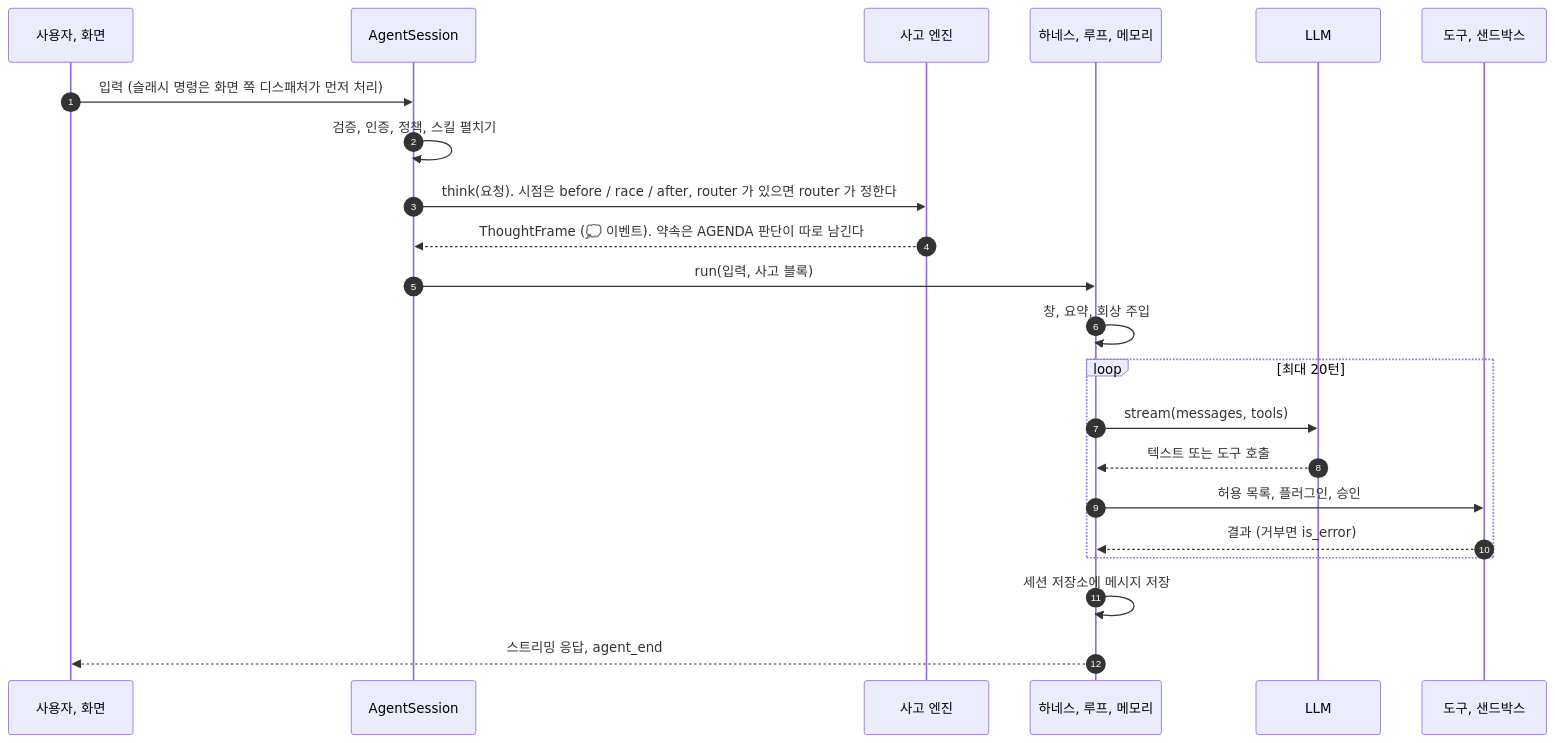
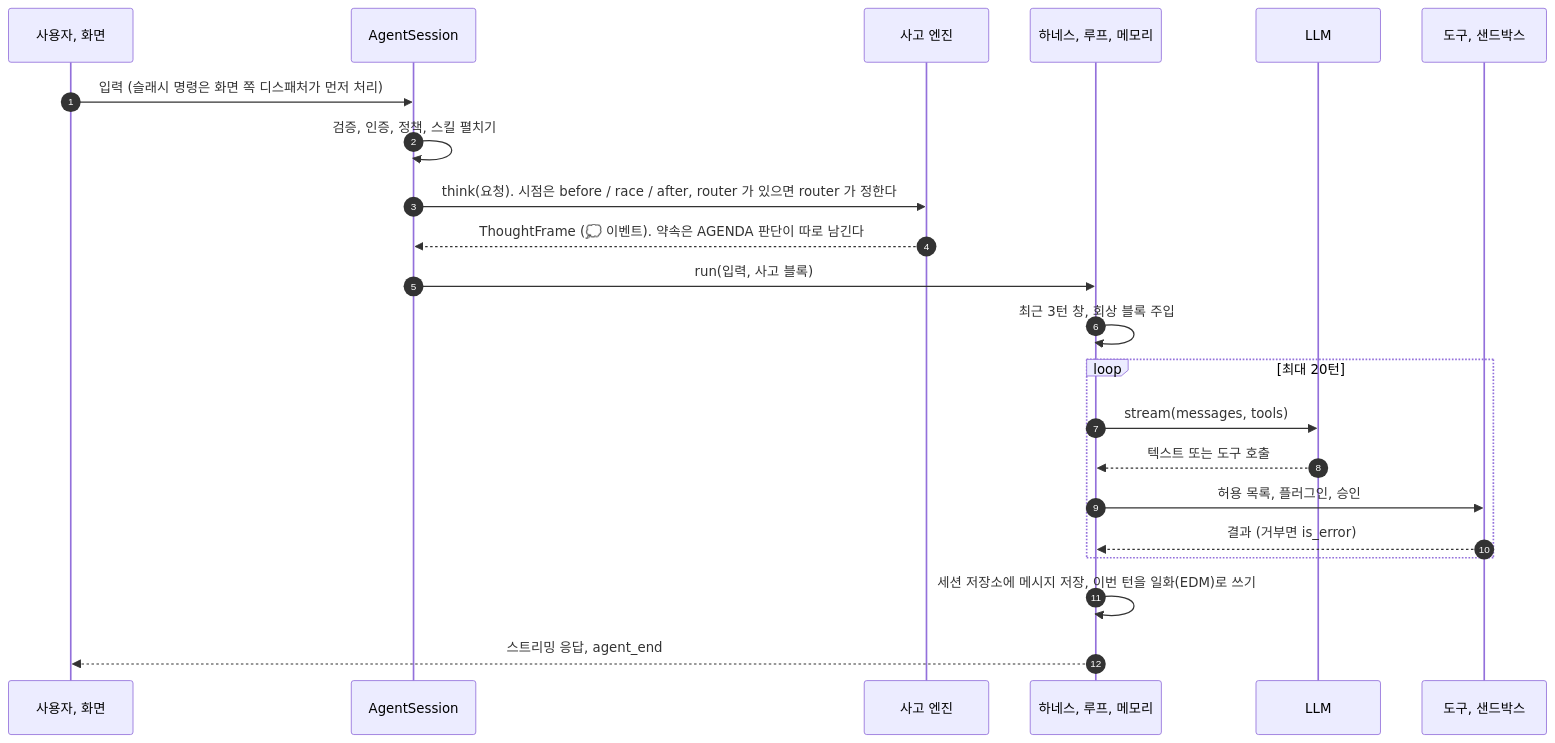
One commit to ash-hun/jarvis-agent changed the second of 3 diagrams in website/docs/concepts/architecture/index.md. Above: the diagram before and after it, drawn with Mermaid. The commit also changed other lines of this file and 58 other files, not shown here.

Commit message:
Docs: 명세, README, 문서 사이트를 지금 코드에 맞추고, figure 의 내용과 배치를 고친다

````diff
--- a/website/docs/concepts/architecture/index.md
+++ b/website/docs/concepts/architecture/index.md
@@ -72,25 +72,25 @@
 ```mermaid
 sequenceDiagram
   autonumber
   participant U as 사용자, 화면
   participant S as AgentSession
   participant T as 사고 엔진
   participant H as 하네스, 루프, 메모리
   participant L as LLM
   participant X as 도구, 샌드박스
 
   U->>S: 입력 (슬래시 명령은 화면 쪽 디스패처가 먼저 처리)
   S->>S: 검증, 인증, 정책, 스킬 펼치기
   S->>T: think(요청). 시점은 before / race / after, router 가 있으면 router 가 정한다
   T-->>S: ThoughtFrame (💭 이벤트). 약속은 AGENDA 판단이 따로 남긴다
   S->>H: run(입력, 사고 블록)
-  H->>H: 창, 요약, 회상 주입
+  H->>H: 최근 3턴 창, 회상 블록 주입
   loop 최대 20턴
     H->>L: stream(messages, tools)
     L-->>H: 텍스트 또는 도구 호출
     H->>X: 허용 목록, 플러그인, 승인
     X-->>H: 결과 (거부면 is_error)
   end
-  H->>H: 세션 저장소에 메시지 저장
+  H->>H: 세션 저장소에 메시지 저장, 이번 턴을 일화(EDM)로 쓰기
   H-->>U: 스트리밍 응답, agent_end
 ```
````
